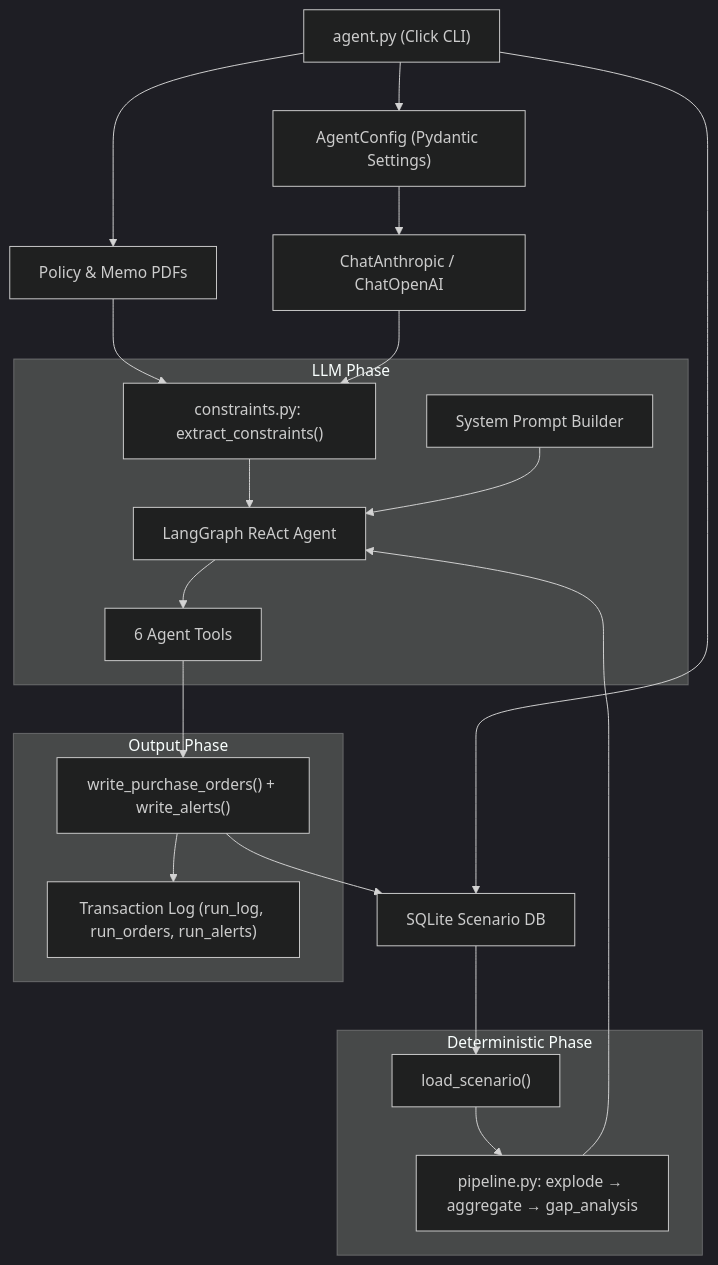
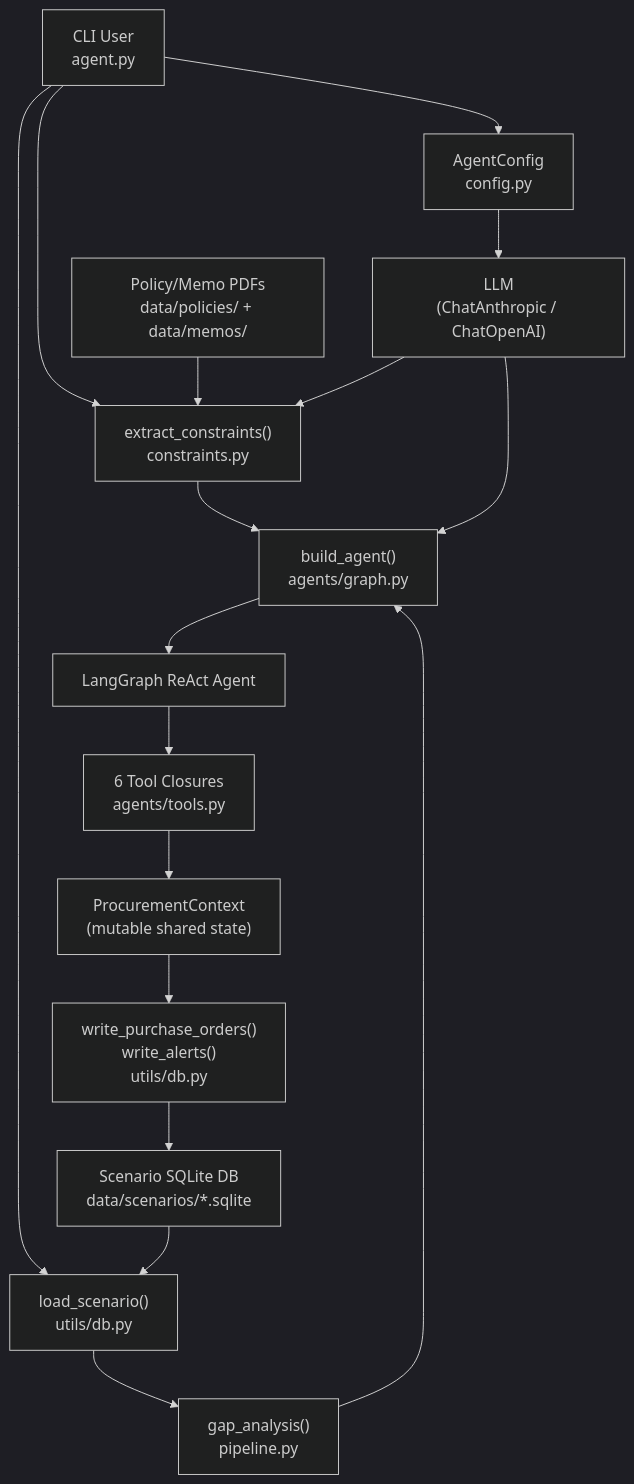
The first of 5 diagrams in research/current-state-2026-04-23.md (sgee107/reflection-takehome), drawn with Mermaid (dark theme) before and after one commit. The commit also changed other lines of this file and 39 other files, not shown here.

First line of the commit message:
Implement planner-executor architecture, constraint extraction agent, and enriched tools

````diff
--- a/research/current-state-2026-04-23.md
+++ b/research/current-state-2026-04-23.md
@@ -22,42 +27,29 @@
 ```mermaid
 graph TB
-    CLI["agent.py (Click CLI)"]
-    Config["AgentConfig (Pydantic Settings)"]
-    LLM["ChatAnthropic / ChatOpenAI"]
-    DB["SQLite Scenario DB"]
-    PDFs["Policy & Memo PDFs"]
+    User["CLI User<br/>agent.py"]
+    Config["AgentConfig<br/>config.py"]
+    PDF["Policy/Memo PDFs<br/>data/policies/ + data/memos/"]
+    DB["Scenario SQLite DB<br/>data/scenarios/*.sqlite"]
 
-    CLI --> Config
-    Config --> LLM
-    CLI --> DB
-    CLI --> PDFs
+    User --> Config
+    User --> Loader["load_scenario()<br/>utils/db.py"]
+    DB --> Loader
 
-    subgraph "Deterministic Phase"
-        Load["load_scenario()"]
-        Pipeline["pipeline.py: explode → aggregate → gap_analysis"]
-    end
+    User --> Extractor["extract_constraints()<br/>constraints.py"]
+    PDF --> Extractor
+    Config --> LLM["LLM<br/>(ChatAnthropic / ChatOpenAI)"]
+    LLM --> Extractor
 
-    subgraph "LLM Phase"
-        Constraints["constraints.py: extract_constraints()"]
-        Agent["LangGraph ReAct Agent"]
-        Tools["6 Agent Tools"]
-        Prompt["System Prompt Builder"]
-    end
+    Loader --> Pipeline["gap_analysis()<br/>pipeline.py"]
 
-    subgraph "Output Phase"
-        Write["write_purchase_orders() + write_alerts()"]
-        RunLog["Transaction Log (run_log, run_orders, run_alerts)"]
-    end
+    Pipeline --> AgentBuilder["build_agent()<br/>agents/graph.py"]
+    Extractor --> AgentBuilder
+    LLM --> AgentBuilder
 
-    DB --> Load
-    Load --> Pipeline
-    PDFs --> Constraints
-    LLM --> Constraints
-    Pipeline --> Agent
-    Constraints --> Agent
-    Prompt --> Agent
-    Agent --> Tools
-    Tools --> Write
-    Write --> DB
-    Write --> RunLog
+    AgentBuilder --> Graph["LangGraph ReAct Agent"]
+    Graph --> Tools["6 Tool Closures<br/>agents/tools.py"]
+    Tools --> Context["ProcurementContext<br/>(mutable shared state)"]
+
+    Context --> Writer["write_purchase_orders()<br/>write_alerts()<br/>utils/db.py"]
+    Writer --> DB
 ```
````
